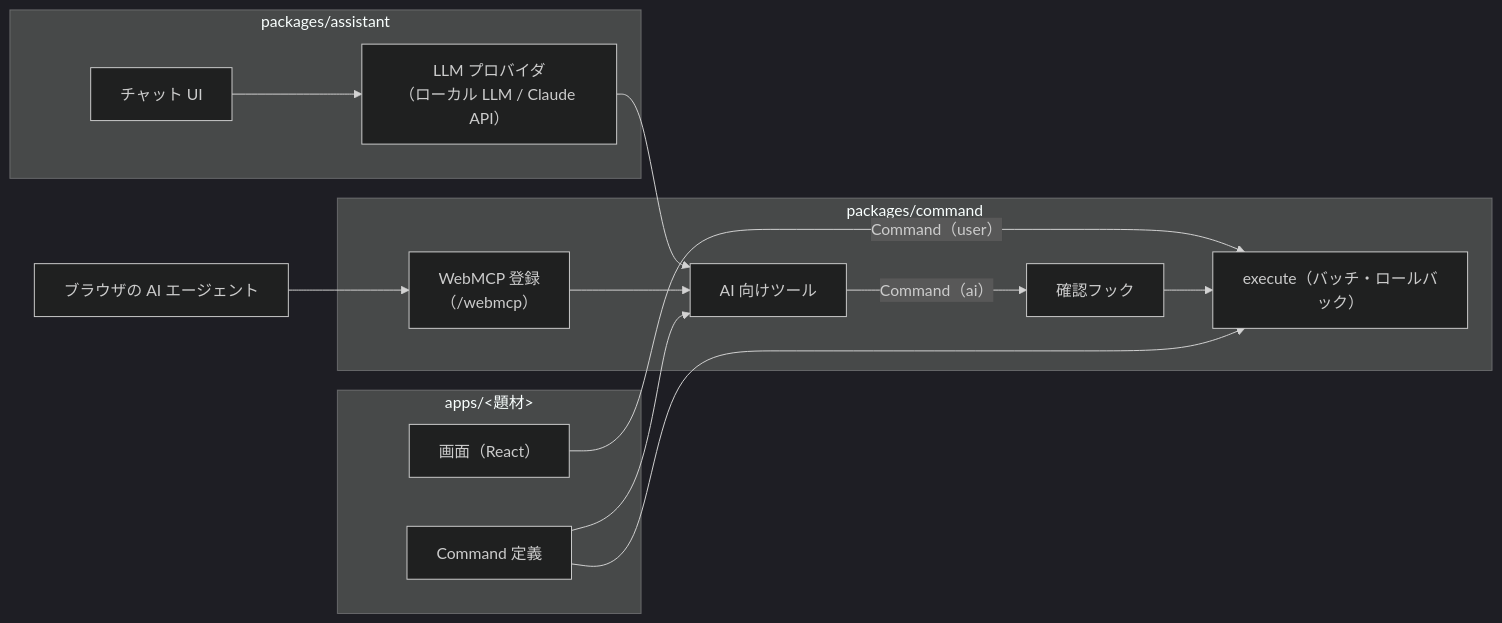
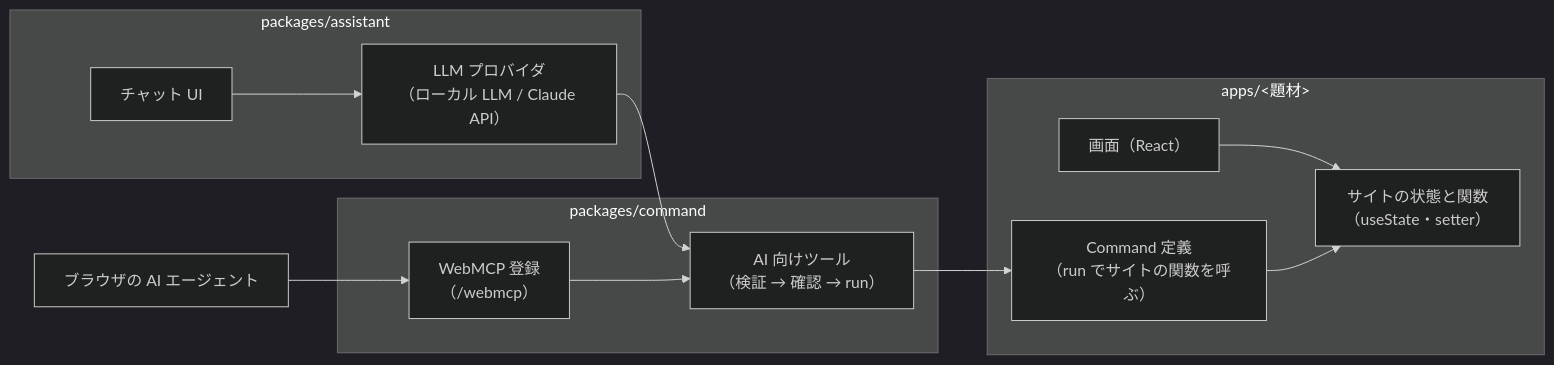
Before and after one commit to fujibayashi-ast/ai-friendly: the diagram in docs/architecture.md, drawn with Mermaid (dark theme). The commit also changed other lines of this file and 19 other files, not shown here.

````diff
--- a/docs/architecture.md
+++ b/docs/architecture.md
@@ -5,25 +5,22 @@
 ```mermaid
 flowchart LR
   subgraph app["apps/&lt;題材&gt;"]
     UI["画面（React）"]
-    Defs["Command 定義"]
+    State["サイトの状態と関数<br>（useState・setter）"]
+    Defs["Command 定義<br>（run でサイトの関数を呼ぶ）"]
   end
   subgraph assistant["packages/assistant"]
     Chat["チャット UI"]
     LLM["LLM プロバイダ<br>（ローカル LLM / Claude API）"]
   end
   subgraph command["packages/command"]
-    Tools["AI 向けツール"]
+    Tools["AI 向けツール<br>（検証 → 確認 → run）"]
     WebMCP["WebMCP 登録<br>（/webmcp）"]
-    Exec["execute（バッチ・ロールバック）"]
-    Confirm["確認フック"]
   end
   Agent["ブラウザの AI エージェント"]
 
-  UI -- "Command（user）" --> Exec
+  UI --> State
   Chat --> LLM --> Tools
   Agent --> WebMCP --> Tools
-  Tools -- "Command（ai）" --> Confirm --> Exec
-  Defs --> Tools
-  Defs --> Exec
+  Tools --> Defs --> State
 ```
````
